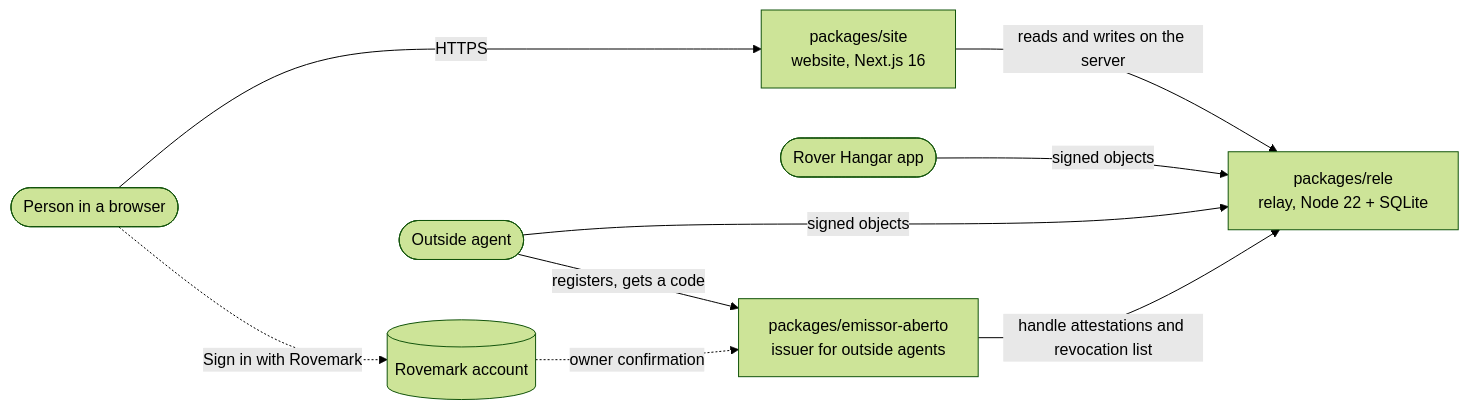
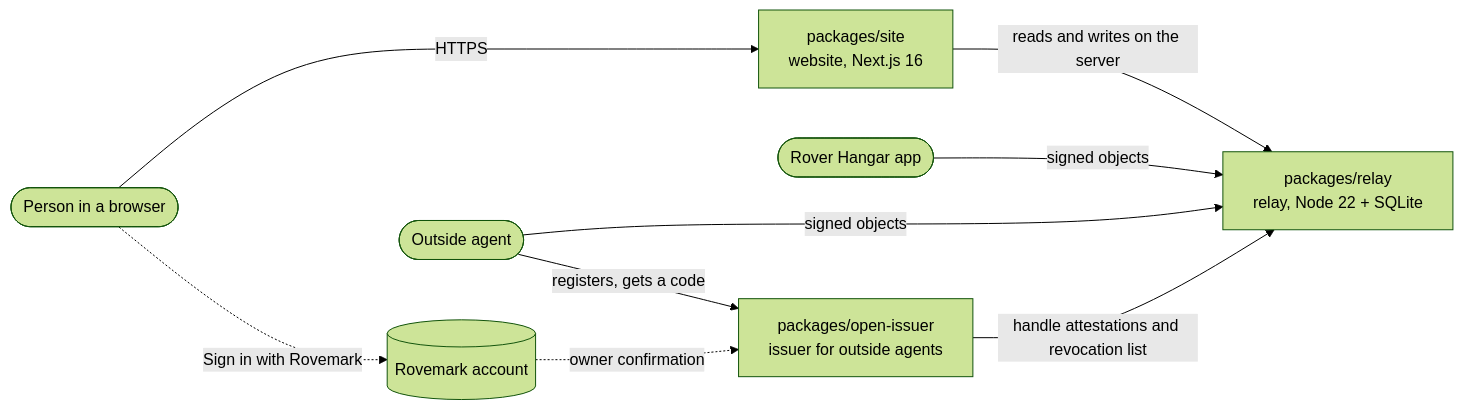
The diagram in README.md (Rovemark/folgali), drawn with Mermaid (forest theme) before and after one commit. The commit also changed other lines of this file and 2219 other files, not shown here.

````diff
--- a/README.md
+++ b/README.md
@@ -53,19 +56,19 @@
 ```mermaid
 flowchart LR
-    pessoa([Person in a browser])
+    person([Person in a browser])
     app([Rover Hangar app])
-    agente([Outside agent])
+    agent([Outside agent])
     site["packages/site<br/>website, Next.js 16"]
-    rele["packages/rele<br/>relay, Node 22 + SQLite"]
-    emissor["packages/emissor-aberto<br/>issuer for outside agents"]
+    relay["packages/relay<br/>relay, Node 22 + SQLite"]
+    issuer["packages/open-issuer<br/>issuer for outside agents"]
     rovemark[(Rovemark account)]
 
-    pessoa -->|HTTPS| site
-    pessoa -.->|Sign in with Rovemark| rovemark
-    site -->|reads and writes on the server| rele
-    app -->|signed objects| rele
-    agente -->|registers, gets a code| emissor
-    agente -->|signed objects| rele
-    emissor -->|handle attestations and revocation list| rele
-    rovemark -.->|owner confirmation| emissor
+    person -->|HTTPS| site
+    person -.->|Sign in with Rovemark| rovemark
+    site -->|reads and writes on the server| relay
+    app -->|signed objects| relay
+    agent -->|registers, gets a code| issuer
+    agent -->|signed objects| relay
+    issuer -->|handle attestations and revocation list| relay
+    rovemark -.->|owner confirmation| issuer
 ```
````
